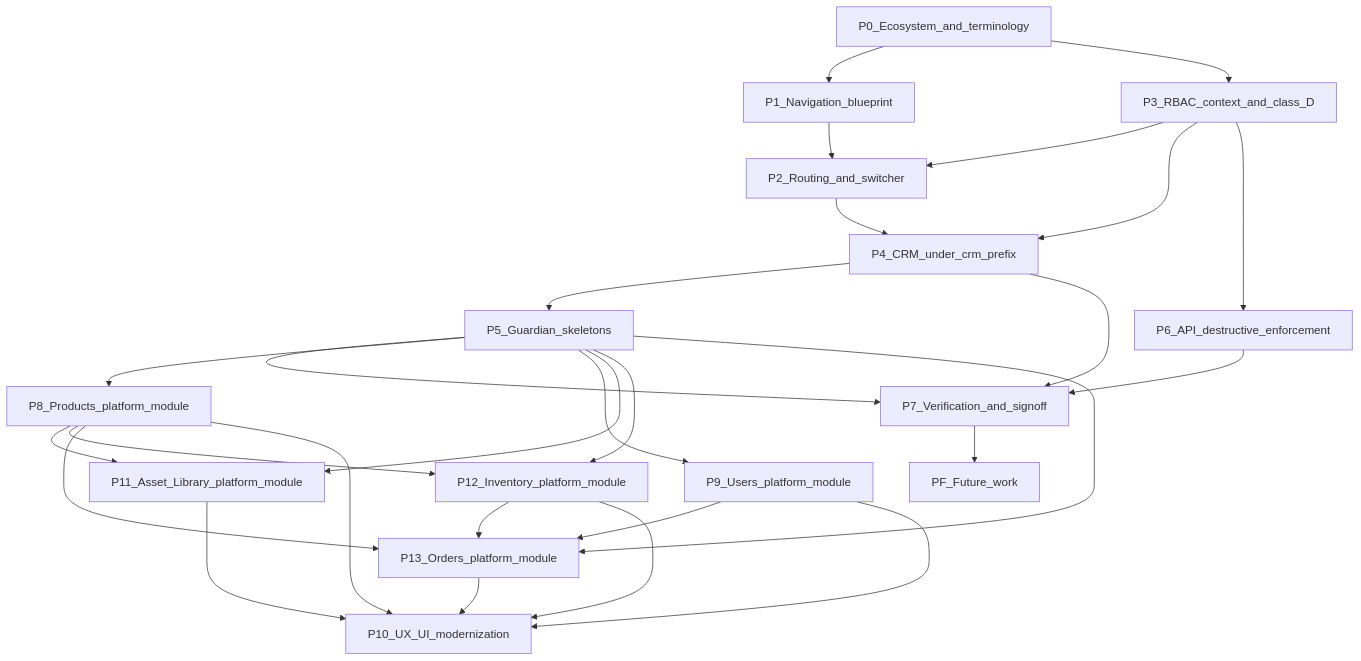
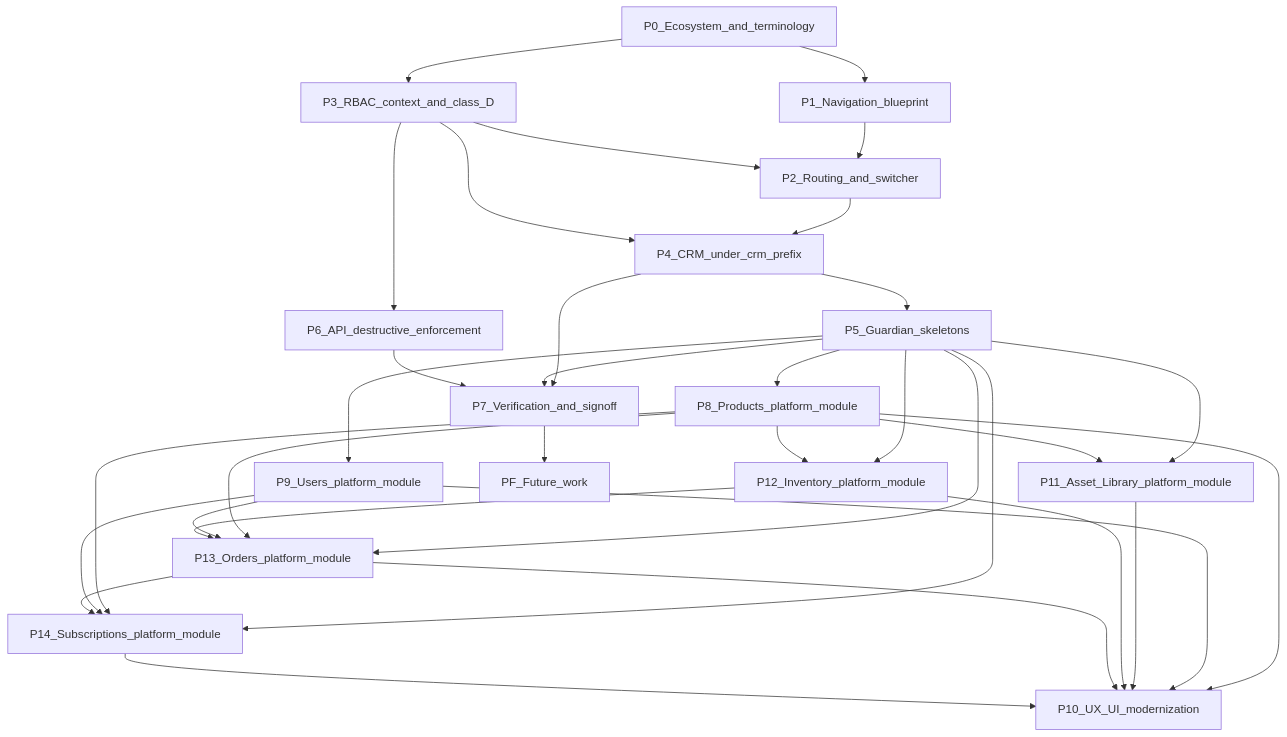
One commit to theabhissengar/clinexa-platform changed the diagram in docs/26-implementation-tracker.md. Above: the diagram before and after it, drawn with Mermaid. The commit also changed other lines of this file and 12 other files, not shown here.

Commit message:
Add Subscriptions platform module blueprint and sync governance docs.

````diff
--- a/docs/26-implementation-tracker.md
+++ b/docs/26-implementation-tracker.md
@@ -356,45 +373,51 @@
 ```mermaid
 flowchart TD
   P0[P0_Ecosystem_and_terminology]
   P1[P1_Navigation_blueprint]
   P3[P3_RBAC_context_and_class_D]
   P2[P2_Routing_and_switcher]
   P4[P4_CRM_under_crm_prefix]
   P5[P5_Guardian_skeletons]
   P6[P6_API_destructive_enforcement]
   P7[P7_Verification_and_signoff]
   P8[P8_Products_platform_module]
   P9[P9_Users_platform_module]
   P11[P11_Asset_Library_platform_module]
   P12[P12_Inventory_platform_module]
   P13[P13_Orders_platform_module]
+  P14[P14_Subscriptions_platform_module]
   P10[P10_UX_UI_modernization]
   PF[PF_Future_work]
   P0 --> P1
   P0 --> P3
   P1 --> P2
   P3 --> P2
   P2 --> P4
   P3 --> P4
   P4 --> P5
   P3 --> P6
   P4 --> P7
   P5 --> P7
   P6 --> P7
   P5 --> P8
   P5 --> P9
   P5 --> P11
   P5 --> P12
   P5 --> P13
+  P5 --> P14
   P8 --> P11
   P8 --> P12
   P8 --> P13
+  P8 --> P14
   P9 --> P13
+  P9 --> P14
   P12 --> P13
+  P13 --> P14
   P8 --> P10
   P9 --> P10
   P11 --> P10
   P12 --> P10
   P13 --> P10
+  P14 --> P10
   P7 --> PF
 ```
````
